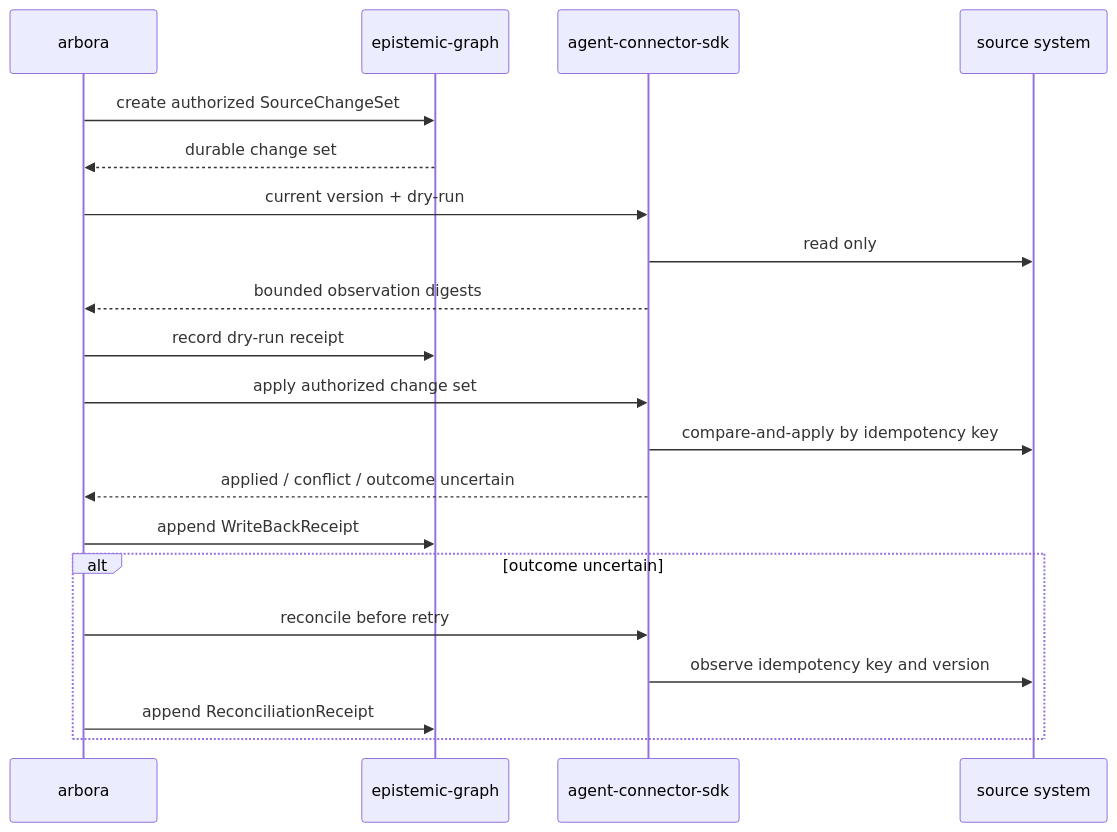
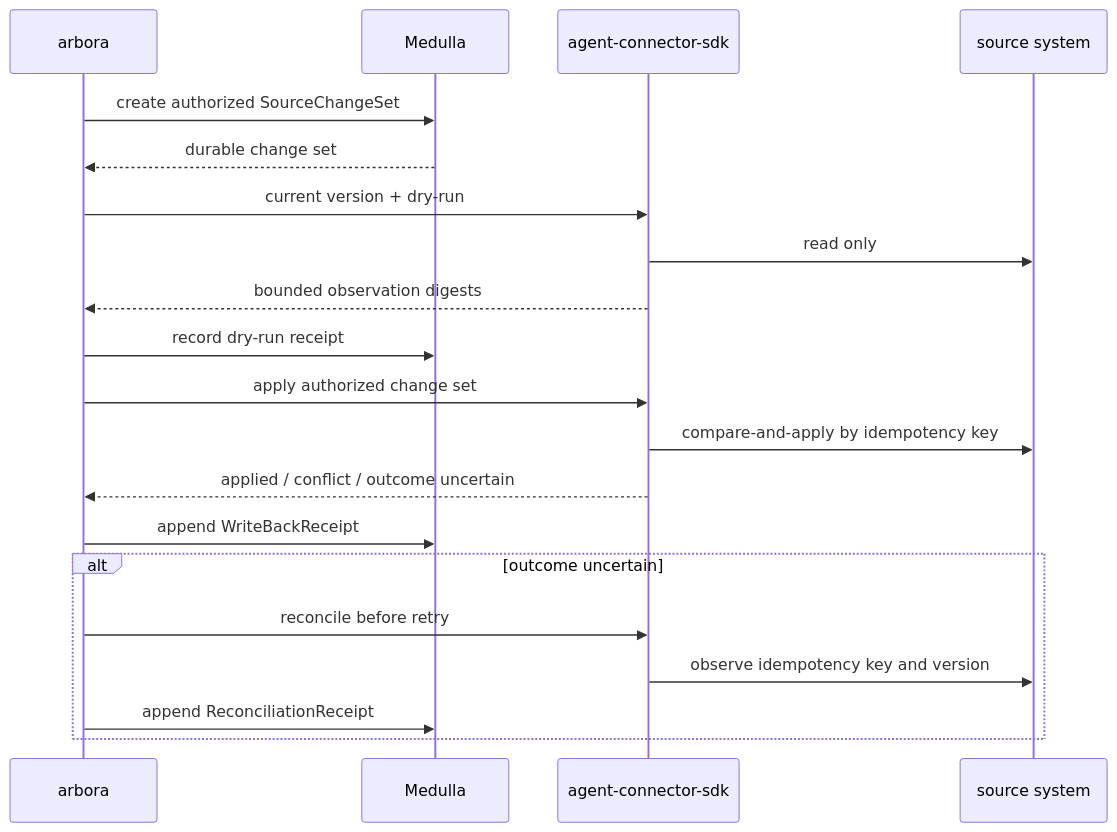
Before and after one commit to Knuckles-Team/epistemic-graph: the diagram in docs/architecture/write_back.md, drawn with Mermaid. The commit also changed other lines of this file and 59 other files, not shown here.

````diff
--- a/docs/architecture/write_back.md
+++ b/docs/architecture/write_back.md
@@ -8,22 +8,22 @@
 ```mermaid
 sequenceDiagram
     participant G as arbora
-    participant E as epistemic-graph
+    participant E as Medulla
     participant S as agent-connector-sdk
     participant V as source system
     G->>E: create authorized SourceChangeSet
     E-->>G: durable change set
     G->>S: current version + dry-run
     S->>V: read only
     S-->>G: bounded observation digests
     G->>E: record dry-run receipt
     G->>S: apply authorized change set
     S->>V: compare-and-apply by idempotency key
     S-->>G: applied / conflict / outcome uncertain
     G->>E: append WriteBackReceipt
     alt outcome uncertain
         G->>S: reconcile before retry
         S->>V: observe idempotency key and version
         G->>E: append ReconciliationReceipt
     end
 ```
````
